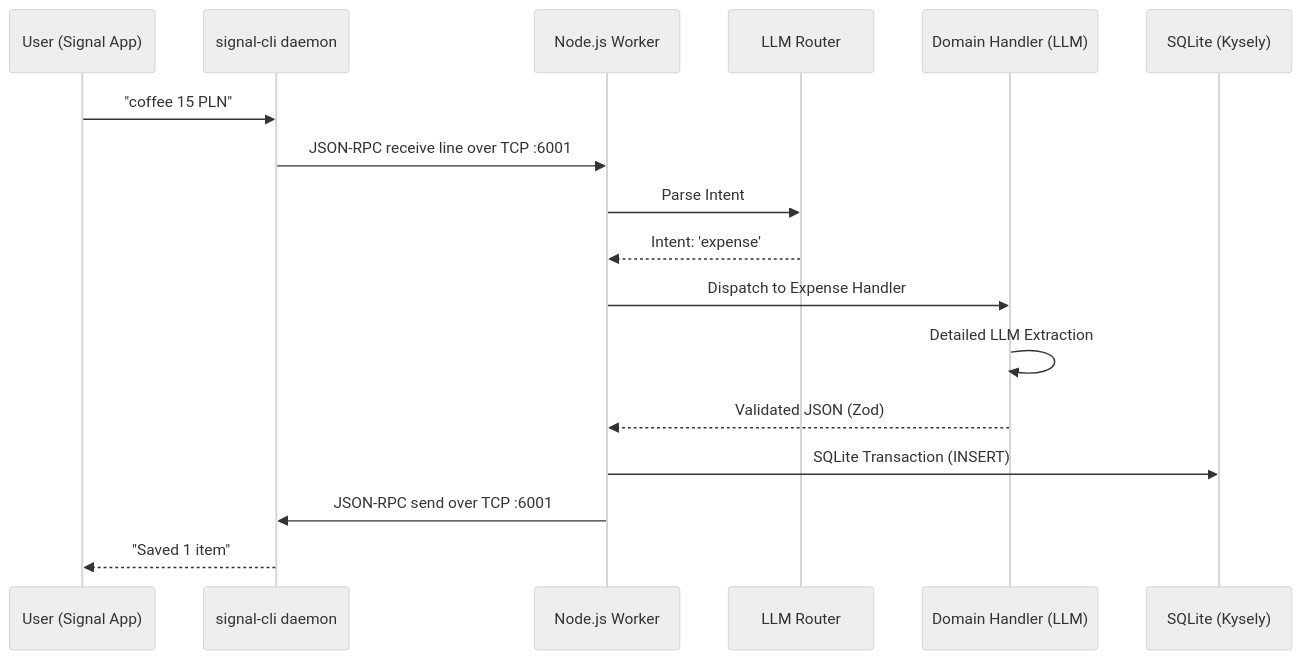
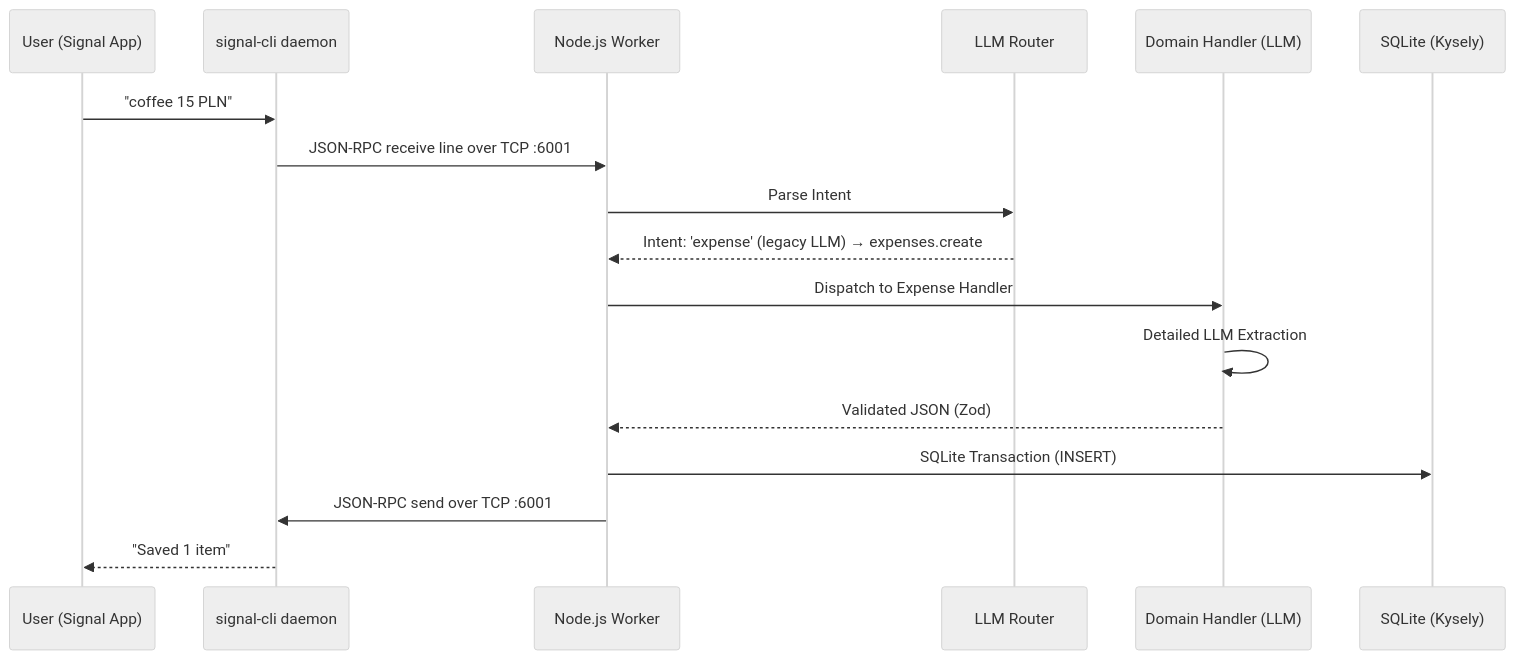
One commit to sid2602/tracker changed the diagram in architecture.md. Above: the diagram before and after it, drawn with Mermaid (neutral theme). The commit also changed other lines of this file and 141 other files, not shown here.

````diff
--- a/architecture.md
+++ b/architecture.md
@@ -11,20 +11,20 @@
 ```mermaid
 sequenceDiagram
     participant User (Signal App)
     participant SignalCLI as signal-cli daemon
     participant Worker as Node.js Worker
     participant Router as LLM Router
     participant Domain as Domain Handler (LLM)
     participant DB as SQLite (Kysely)
 
     User (Signal App)->>SignalCLI: "coffee 15 PLN"
     SignalCLI->>Worker: JSON-RPC receive line over TCP :6001
     Worker->>Router: Parse Intent
-    Router-->>Worker: Intent: 'expense'
+    Router-->>Worker: Intent: 'expense' (legacy LLM) → expenses.create
     Worker->>Domain: Dispatch to Expense Handler
     Domain->>Domain: Detailed LLM Extraction
     Domain-->>Worker: Validated JSON (Zod)
     Worker->>DB: SQLite Transaction (INSERT)
     Worker->>SignalCLI: JSON-RPC send over TCP :6001
     SignalCLI-->>User (Signal App): "Saved 1 item"
 ```
````
